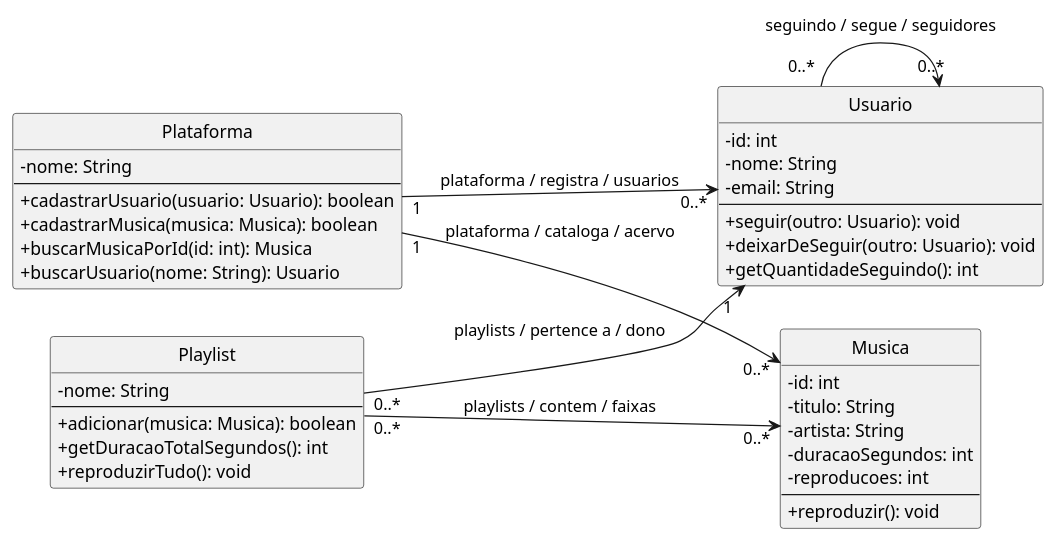
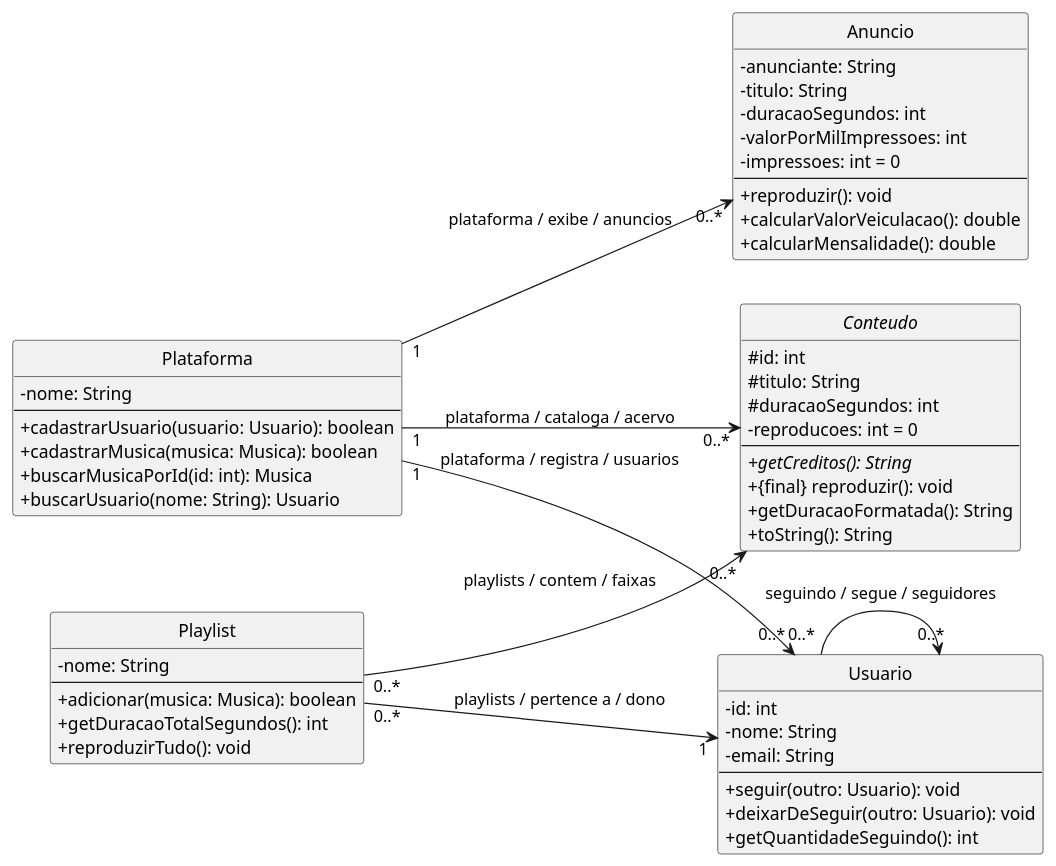
One commit to viictor-h-amaral/FaculBCC changed the diagram in docs/pumls/apenas_relacionamentos.puml. Above: the diagram before and after it, drawn with PlantUML. The commit also changed 10 other files, not shown here.

Commit message:
Ajuste do diagrama de classes (final) de display do projeto. Apenas arquivos .puml

```diff
--- a/docs/pumls/apenas_relacionamentos.puml
+++ b/docs/pumls/apenas_relacionamentos.puml
@@ -1,49 +1,64 @@
 @startuml "Diagrama com relacionamentos"
 skinparam classAttributeIconSize 0
 hide circle
 left to right direction
 
 class Plataforma {
   - nome: String
   --
   + cadastrarUsuario(usuario: Usuario): boolean
   + cadastrarMusica(musica: Musica): boolean
   + buscarMusicaPorId(id: int): Musica
   + buscarUsuario(nome: String): Usuario
 }
 
 class Playlist {
   - nome: String
   --
   + adicionar(musica: Musica): boolean
   + getDuracaoTotalSegundos(): int
   + reproduzirTudo(): void
 }
 
 class Usuario {
   - id: int
   - nome: String
   - email: String
   --
   + seguir(outro: Usuario): void
   + deixarDeSeguir(outro: Usuario): void
   + getQuantidadeSeguindo(): int
 }
 
-class Musica {
-  - id: int
-  - titulo: String
-  - artista: String
-  - duracaoSegundos: int
-  - reproducoes: int
+abstract class Conteudo {
+  #id: int
+  #titulo: String
+  #duracaoSegundos: int
+  -reproducoes: int = 0
   --
-  + reproduzir(): void
+  +{abstract} getCreditos(): String
+  +{final} reproduzir(): void
+  +getDuracaoFormatada(): String
+  +toString(): String
 }
 
-Plataforma "1" --> "0..*" Musica : plataforma / cataloga / acervo
+class Anuncio {
+  -anunciante: String
+  -titulo: String
+  -duracaoSegundos: int
+  -valorPorMilImpressoes: int
+  -impressoes: int = 0
+  --
+  +reproduzir(): void
+  +calcularValorVeiculacao(): double
+  +calcularMensalidade(): double
+}
+
+Plataforma "1" --> "0..*" Conteudo : plataforma / cataloga / acervo
 Plataforma "1" --> "0..*" Usuario : plataforma / registra / usuarios
+Plataforma "1" --> "0..*" Anuncio : plataforma / exibe / anuncios
 Playlist "0..*" --> "1" Usuario : playlists / pertence a / dono
-Playlist "0..*" --> "0..*" Musica : playlists / contem / faixas
+Playlist "0..*" --> "0..*" Conteudo : playlists / contem / faixas
 Usuario "0..*" --> "0..*" Usuario : seguindo / segue / seguidores
 
 @enduml
```
